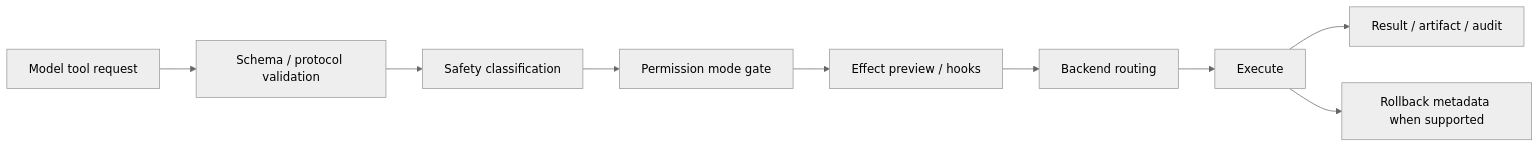
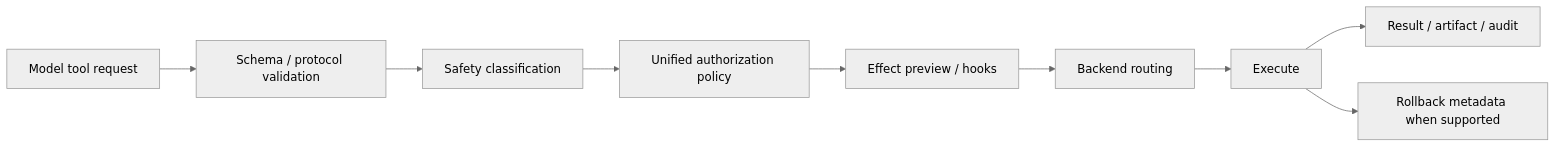
The third of 4 diagrams in docs/ARCHITECTURE.md (24373054/TLAH-Studio), drawn with Mermaid (neutral theme) before and after one commit. The commit also changed other lines of this file and 11 other files, not shown here.

````diff
--- a/docs/ARCHITECTURE.md
+++ b/docs/ARCHITECTURE.md
@@ -74,11 +74,11 @@
 ```mermaid
 flowchart LR
     REQUEST[Model tool request] --> PARSE[Schema / protocol validation]
     PARSE --> CLASSIFY[Safety classification]
-    CLASSIFY --> PERMISSION[Permission mode gate]
+    CLASSIFY --> PERMISSION[Unified authorization policy]
     PERMISSION --> PREVIEW[Effect preview / hooks]
     PREVIEW --> ROUTE[Backend routing]
     ROUTE --> RUN[Execute]
     RUN --> RESULT[Result / artifact / audit]
     RUN --> ROLLBACK[Rollback metadata when supported]
 ```
````
